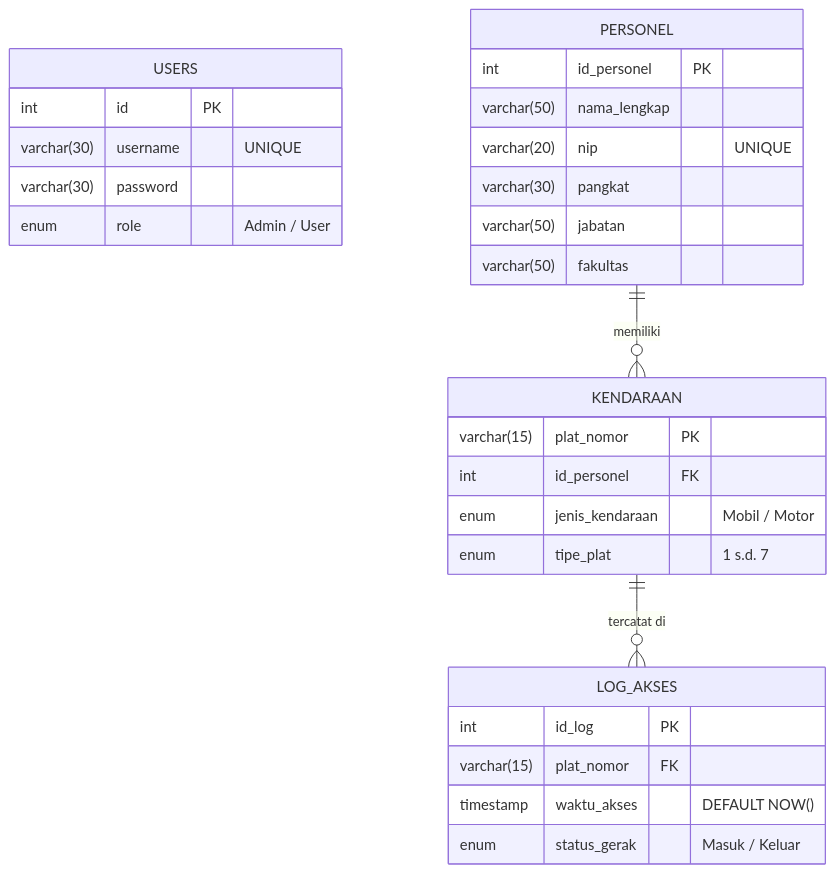
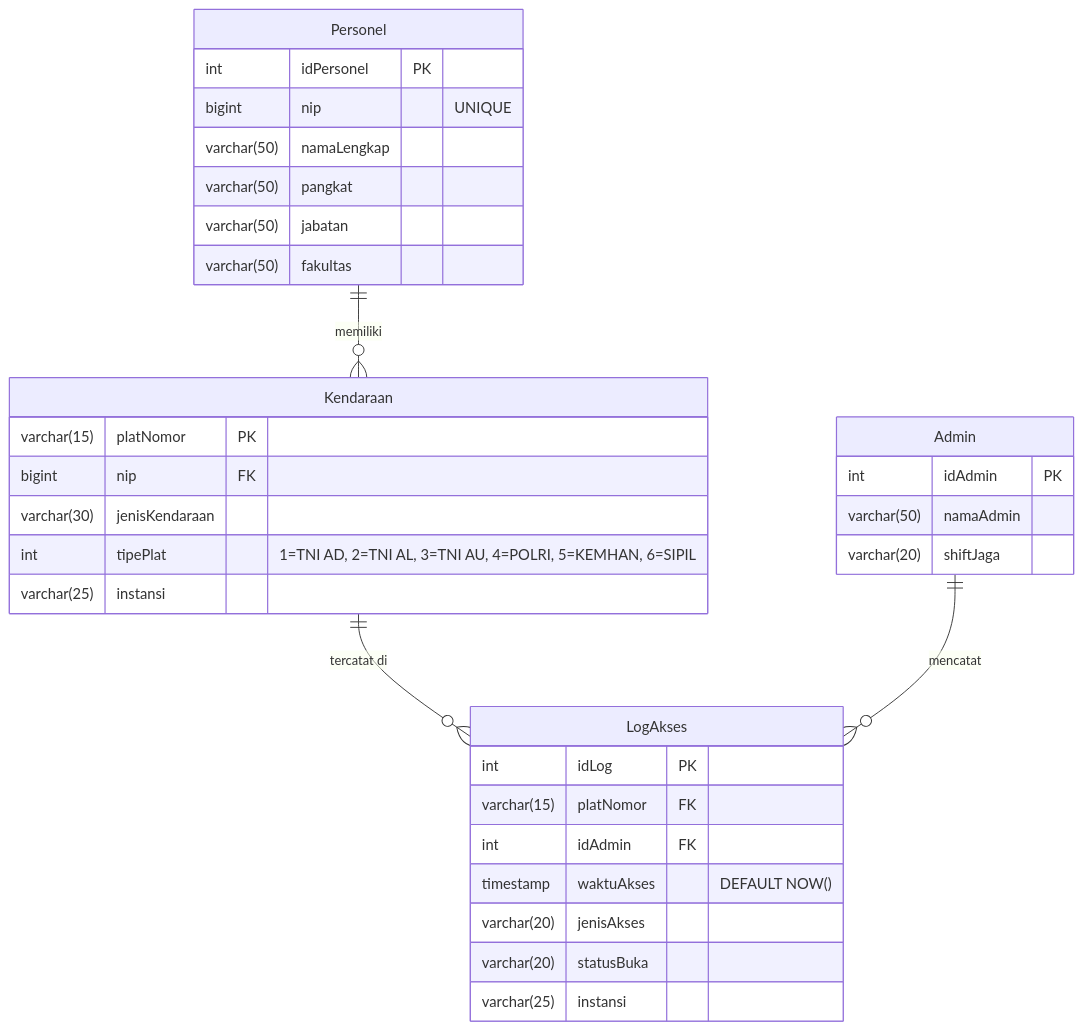
The diagram in database/erd_design.md (apbrni-code/plang-otomatis), drawn with Mermaid before and after one commit. The commit also changed other lines of this file and 4 other files, not shown here.

Commit message:
feat: Add tipePlat classification logic and update ERD

````diff
--- a/database/erd_design.md
+++ b/database/erd_design.md
@@ -5,36 +5,40 @@
 ```mermaid
 erDiagram
-    USERS {
-        int id PK
-        varchar(30) username "UNIQUE"
-        varchar(30) password
-        enum role "Admin / User"
+    Admin {
+        int idAdmin PK
+        varchar(50) namaAdmin
+        varchar(20) shiftJaga
     }
 
-    PERSONEL {
-        int id_personel PK
-        varchar(50) nama_lengkap
-        varchar(20) nip "UNIQUE"
-        varchar(30) pangkat
+    Personel {
+        int idPersonel PK
+        bigint nip "UNIQUE"
+        varchar(50) namaLengkap
+        varchar(50) pangkat
         varchar(50) jabatan
         varchar(50) fakultas
     }
 
-    KENDARAAN {
-        varchar(15) plat_nomor PK
-        int id_personel FK
-        enum jenis_kendaraan "Mobil / Motor"
-        enum tipe_plat "1 s.d. 7"
+    Kendaraan {
+        varchar(15) platNomor PK
+        bigint nip FK
+        varchar(30) jenisKendaraan
+        int tipePlat "1=TNI AD, 2=TNI AL, 3=TNI AU, 4=POLRI, 5=KEMHAN, 6=SIPIL"
+        varchar(25) instansi
     }
 
-    LOG_AKSES {
-        int id_log PK
-        varchar(15) plat_nomor FK
-        timestamp waktu_akses "DEFAULT NOW()"
-        enum status_gerak "Masuk / Keluar"
+    LogAkses {
+        int idLog PK
+        varchar(15) platNomor FK
+        int idAdmin FK
+        timestamp waktuAkses "DEFAULT NOW()"
+        varchar(20) jenisAkses
+        varchar(20) statusBuka
+        varchar(25) instansi
     }
 
     %% Relationships
-    PERSONEL ||--o{ KENDARAAN : "memiliki"
-    KENDARAAN ||--o{ LOG_AKSES : "tercatat di"
+    Personel ||--o{ Kendaraan : "memiliki"
+    Kendaraan ||--o{ LogAkses : "tercatat di"
+    Admin ||--o{ LogAkses : "mencatat"
 ```
````
